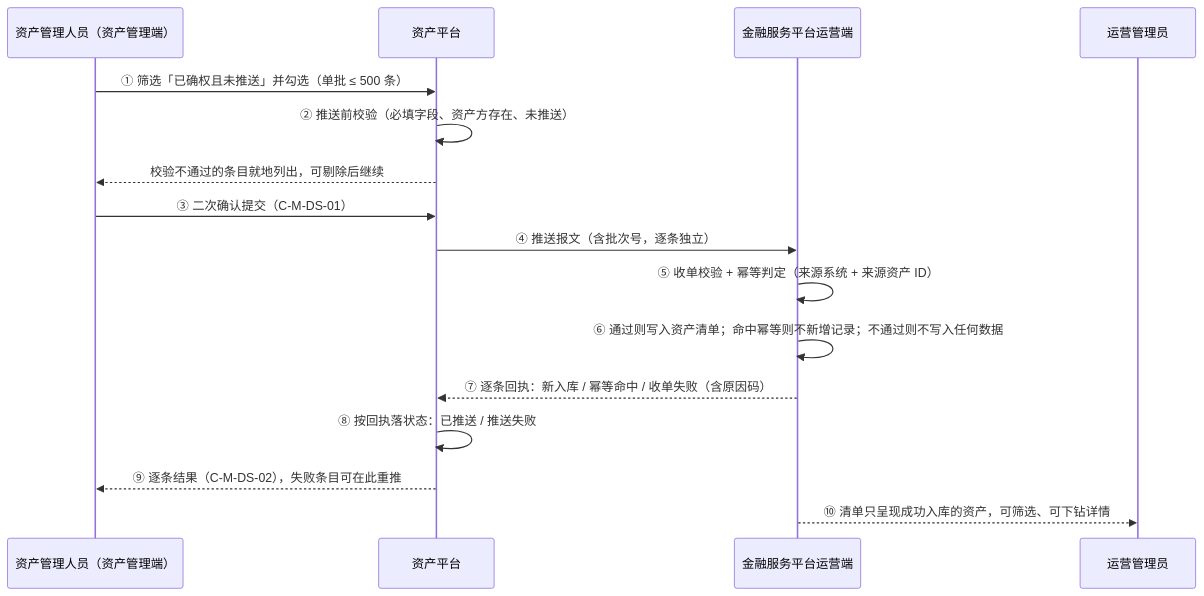
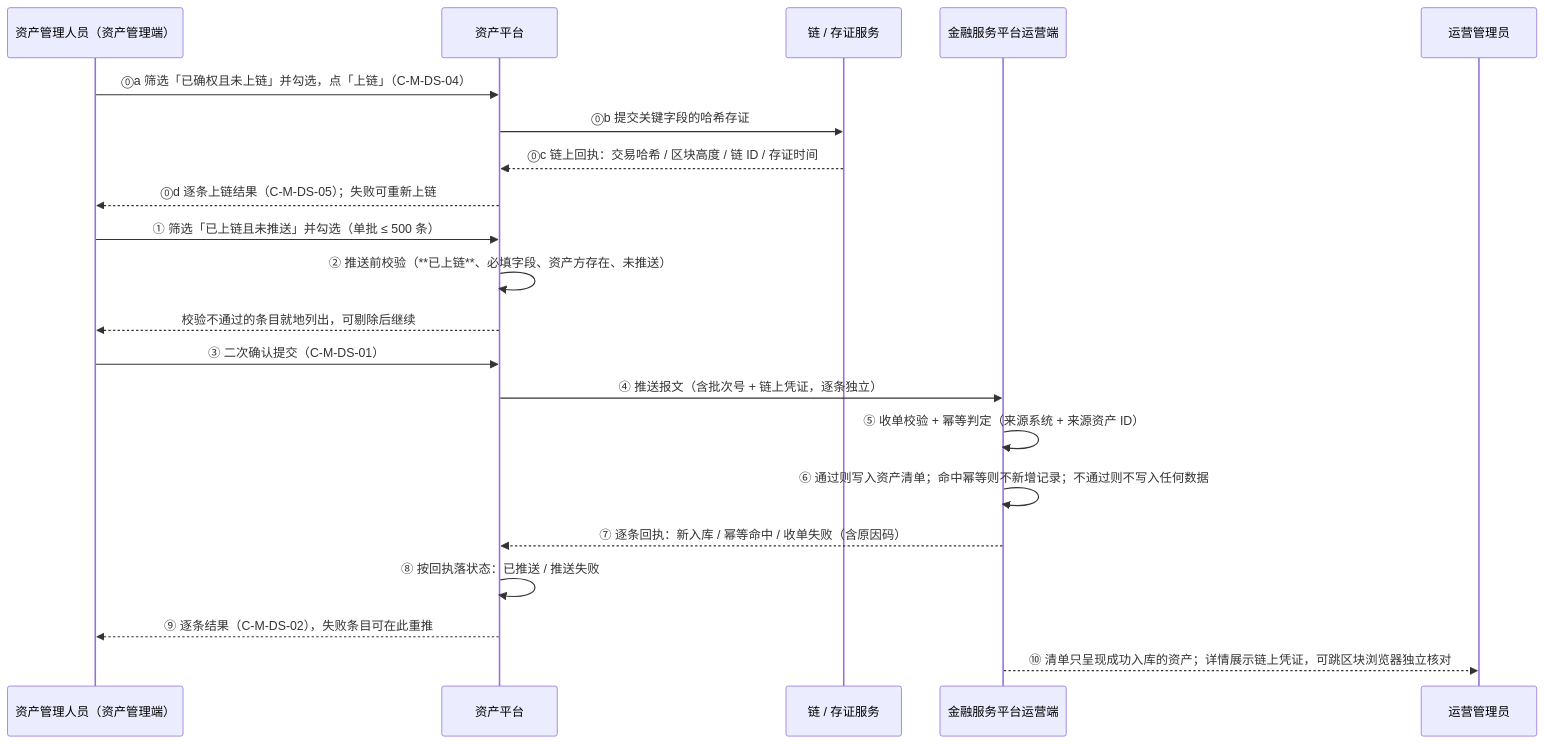
Before and after one commit to wxblockchain/Chain-Financing: the first of 2 diagrams in asset-platform/prd/v1.0-可信数据同步/v1.0-可信数据同步-PRD.md, drawn with Mermaid. The commit also changed other lines of this file and 4 other files, not shown here.

````diff
--- a/asset-platform/prd/v1.0-可信数据同步/v1.0-可信数据同步-PRD.md
+++ b/asset-platform/prd/v1.0-可信数据同步/v1.0-可信数据同步-PRD.md
@@ -194,19 +216,24 @@
 ```mermaid
 sequenceDiagram
     participant AM as 资产管理人员（资产管理端）
     participant AP as 资产平台
+    participant CH as 链 / 存证服务
     participant FS as 金融服务平台运营端
     participant OP as 运营管理员
 
-    AM->>AP: ① 筛选「已确权且未推送」并勾选（单批 ≤ 500 条）
-    AP->>AP: ② 推送前校验（必填字段、资产方存在、未推送）
+    AM->>AP: ⓪a 筛选「已确权且未上链」并勾选，点「上链」（C-M-DS-04）
+    AP->>CH: ⓪b 提交关键字段的哈希存证
+    CH-->>AP: ⓪c 链上回执：交易哈希 / 区块高度 / 链 ID / 存证时间
+    AP-->>AM: ⓪d 逐条上链结果（C-M-DS-05）；失败可重新上链
+    AM->>AP: ① 筛选「已上链且未推送」并勾选（单批 ≤ 500 条）
+    AP->>AP: ② 推送前校验（**已上链**、必填字段、资产方存在、未推送）
     AP-->>AM: 校验不通过的条目就地列出，可剔除后继续
     AM->>AP: ③ 二次确认提交（C-M-DS-01）
-    AP->>FS: ④ 推送报文（含批次号，逐条独立）
+    AP->>FS: ④ 推送报文（含批次号 + 链上凭证，逐条独立）
     FS->>FS: ⑤ 收单校验 + 幂等判定（来源系统 + 来源资产 ID）
     FS->>FS: ⑥ 通过则写入资产清单；命中幂等则不新增记录；不通过则不写入任何数据
     FS-->>AP: ⑦ 逐条回执：新入库 / 幂等命中 / 收单失败（含原因码）
     AP->>AP: ⑧ 按回执落状态：已推送 / 推送失败
     AP-->>AM: ⑨ 逐条结果（C-M-DS-02），失败条目可在此重推
-    FS-->>OP: ⑩ 清单只呈现成功入库的资产，可筛选、可下钻详情
+    FS-->>OP: ⑩ 清单只呈现成功入库的资产；详情展示链上凭证，可跳区块浏览器独立核对
 ```
````
